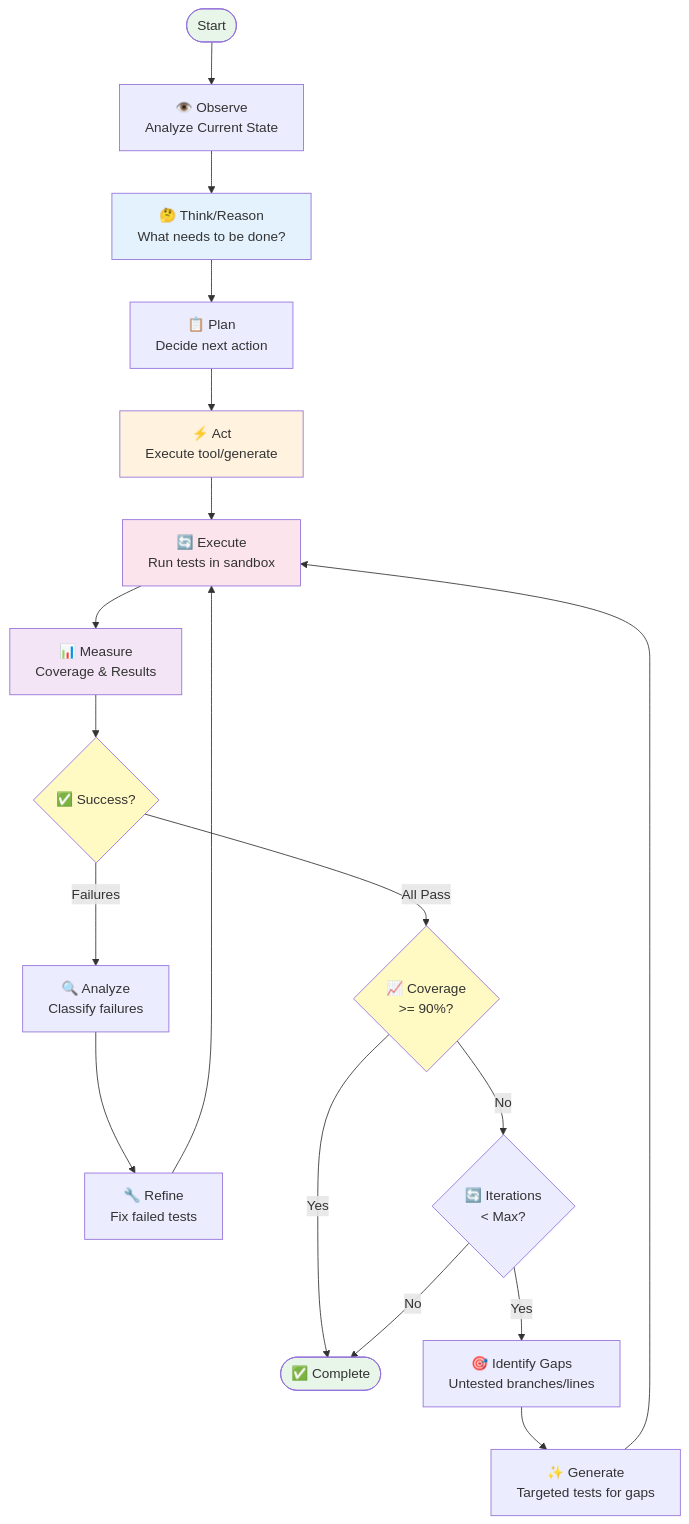
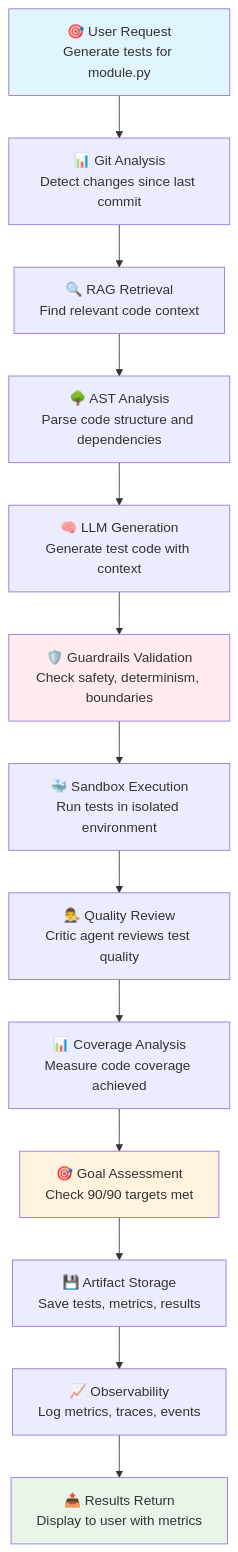
The fourth of 13 diagrams in ARCHITECTURE.md (narenallam/AgenticTestGenerator), drawn with Mermaid before and after one commit. The commit also changed other lines of this file and 11 other files, not shown here.

````diff
--- a/ARCHITECTURE.md
+++ b/ARCHITECTURE.md
@@ -225,34 +322,20 @@
 ```mermaid
-graph TD
-    Start([Start]) --> Observe[👁️ Observe<br/>Analyze Current State]
-    Observe --> Think[🤔 Think/Reason<br/>What needs to be done?]
-    Think --> Plan[📋 Plan<br/>Decide next action]
-    Plan --> Act[⚡ Act<br/>Execute tool/generate]
-    Act --> Execute[🔄 Execute<br/>Run tests in sandbox]
-    Execute --> Measure[📊 Measure<br/>Coverage & Results]
-    
-    Measure --> CheckSuccess{✅ Success?}
-    CheckSuccess -->|All Pass| CheckCoverage{📈 Coverage<br/>>= 90%?}
-    CheckSuccess -->|Failures| Analyze[🔍 Analyze<br/>Classify failures]
-    
-    Analyze --> Refine[🔧 Refine<br/>Fix failed tests]
-    Refine --> Execute
-    
-    CheckCoverage -->|Yes| Done([✅ Complete])
-    CheckCoverage -->|No| CheckIter{🔄 Iterations<br/>< Max?}
-    
-    CheckIter -->|Yes| IdentifyGaps[🎯 Identify Gaps<br/>Untested branches/lines]
-    CheckIter -->|No| Done
-    
-    IdentifyGaps --> GenerateTargeted[✨ Generate<br/>Targeted tests for gaps]
-    GenerateTargeted --> Execute
-    
-    style Start fill:#e8f5e9
-    style Done fill:#e8f5e9
-    style Think fill:#e3f2fd
-    style Act fill:#fff3e0
-    style Execute fill:#fce4ec
-    style Measure fill:#f3e5f5
-    style CheckSuccess fill:#fff9c4
-    style CheckCoverage fill:#fff9c4
+flowchart TD
+    A[🎯 User Request<br/>Generate tests for module.py] --> B[📊 Git Analysis<br/>Detect changes since last commit]
+    B --> C[🔍 RAG Retrieval<br/>Find relevant code context]
+    C --> D[🌳 AST Analysis<br/>Parse code structure and dependencies]
+    D --> E[🧠 LLM Generation<br/>Generate test code with context]
+    E --> F[🛡️ Guardrails Validation<br/>Check safety, determinism, boundaries]
+    F --> G[🐳 Sandbox Execution<br/>Run tests in isolated environment]
+    G --> H[👨‍⚖️ Quality Review<br/>Critic agent reviews test quality]
+    H --> I[📊 Coverage Analysis<br/>Measure code coverage achieved]
+    I --> J[🎯 Goal Assessment<br/>Check 90/90 targets met]
+    J --> K[💾 Artifact Storage<br/>Save tests, metrics, results]
+    K --> L[📈 Observability<br/>Log metrics, traces, events]
+    L --> M[📤 Results Return<br/>Display to user with metrics]
+
+    style A fill:#e1f5fe
+    style M fill:#e8f5e8
+    style F fill:#ffebee
+    style J fill:#fff3e0
 ```
````
